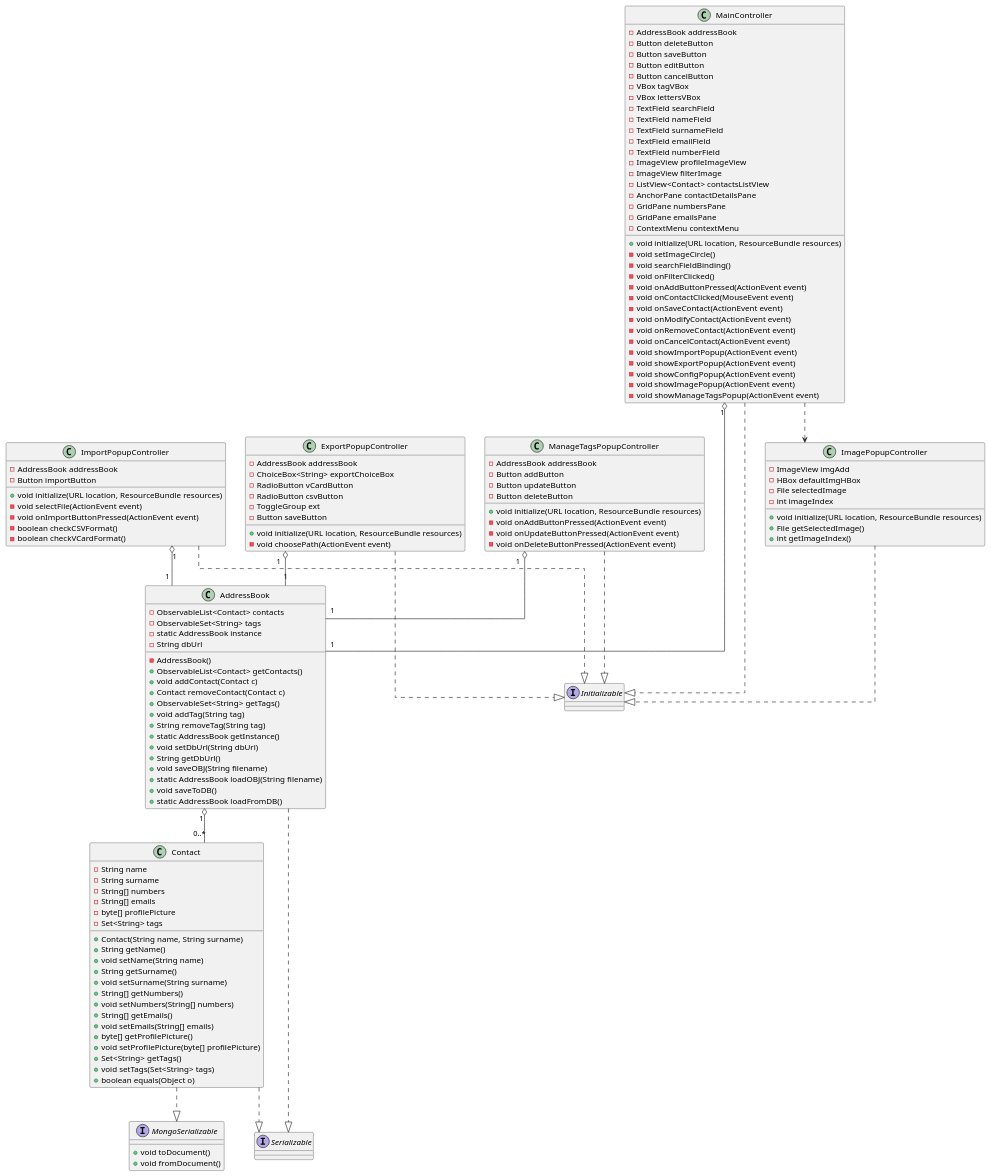
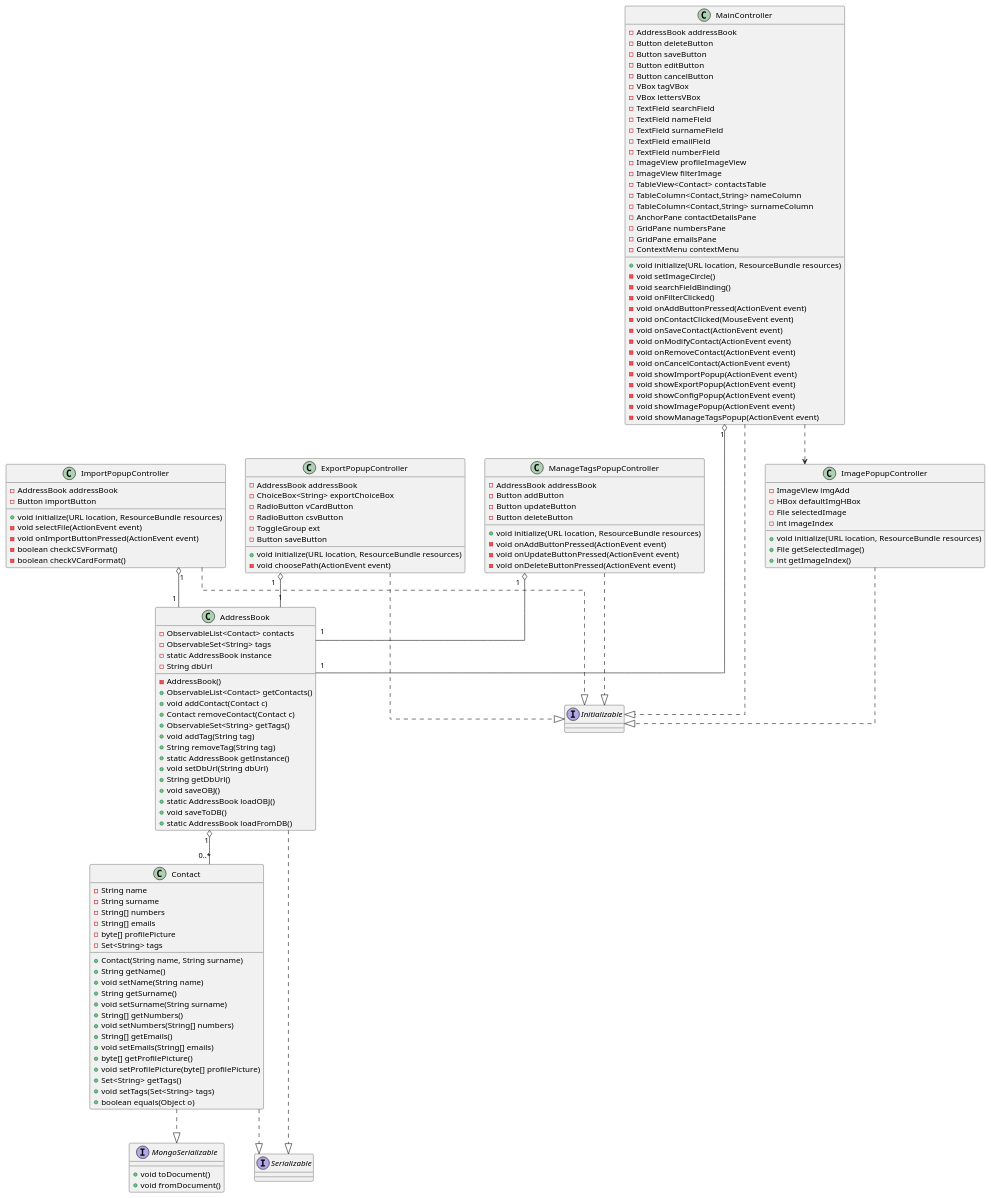
The diagram in documenti/diagrammaClassi.puml (savaava/ProgettoRubrica), drawn with PlantUML before and after one commit. The commit also changed 1 other file, not shown here.

Commit message:
update diagramma classi + creazione diagramma sequenza C6

```diff
--- a/documenti/diagrammaClassi.puml
+++ b/documenti/diagrammaClassi.puml
@@ -1,167 +1,169 @@
 @startuml DiagrammaDelleClassi
 skinparam linetype ortho
 'left to right direction
 
 class Contact {
     - String name 
     - String surname 
     - String[] numbers
     - String[] emails
     - byte[] profilePicture
     - Set<String> tags
 
     + Contact(String name, String surname)
     + String getName()
     + void setName(String name)
     + String getSurname()
     + void setSurname(String surname)
     + String[] getNumbers()
     + void setNumbers(String[] numbers)
     + String[] getEmails()
     + void setEmails(String[] emails)
     + byte[] getProfilePicture()
     + void setProfilePicture(byte[] profilePicture)
     + Set<String> getTags()
     + void setTags(Set<String> tags)
     + boolean equals(Object o)
     
 }
 
 interface MongoSerializable {
     +void toDocument() 
     +void fromDocument()
 }
 
 Contact ..|> MongoSerializable
 
 class AddressBook {
     - ObservableList<Contact> contacts
     - ObservableSet<String> tags
     - static AddressBook instance
     - String dbUrl 
     - AddressBook()
     + ObservableList<Contact> getContacts()
     + void addContact(Contact c)
     + Contact removeContact(Contact c)
     + ObservableSet<String> getTags()
     + void addTag(String tag)
     + String removeTag(String tag)
     + static AddressBook getInstance()
     + void setDbUrl(String dbUrl)
     + String getDbUrl()
-    + void saveOBJ(String filename)
-    + static AddressBook loadOBJ(String filename)
+    + void saveOBJ()
+    + static AddressBook loadOBJ()
     + void saveToDB()
     + static AddressBook loadFromDB()
     
 }
 
 interface Serializable
 
 Contact ..|> Serializable
 AddressBook ..|> Serializable
 AddressBook "1" o-- "0..*" Contact
 
 class MainController {
     - AddressBook addressBook
     - Button deleteButton
     - Button saveButton
     - Button editButton
     - Button cancelButton
     - VBox tagVBox
     - VBox lettersVBox
     - TextField searchField
     - TextField nameField
     - TextField surnameField
     - TextField emailField
     - TextField numberField
     - ImageView profileImageView
     - ImageView filterImage
-    - ListView<Contact> contactsListView
+    - TableView<Contact> contactsTable
+    - TableColumn<Contact,String> nameColumn
+    - TableColumn<Contact,String> surnameColumn
     - AnchorPane contactDetailsPane
     - GridPane numbersPane
     - GridPane emailsPane
     - ContextMenu contextMenu
 
     + void initialize(URL location, ResourceBundle resources)
     - void setImageCircle()
     - void searchFieldBinding()    
     - void onFilterClicked()
     - void onAddButtonPressed(ActionEvent event)
     - void onContactClicked(MouseEvent event)
     - void onSaveContact(ActionEvent event)
     - void onModifyContact(ActionEvent event)
     - void onRemoveContact(ActionEvent event)
     - void onCancelContact(ActionEvent event)
     - void showImportPopup(ActionEvent event)
     - void showExportPopup(ActionEvent event)
     - void showConfigPopup(ActionEvent event)
     - void showImagePopup(ActionEvent event)
     - void showManageTagsPopup(ActionEvent event)
 }
 
 MainController ..> ImagePopupController
 
 
 interface Initializable
 MainController ..|> Initializable
 MainController "1" o-- "1" AddressBook
 
 class ImportPopupController {
     - AddressBook addressBook
     - Button importButton
     + void initialize(URL location, ResourceBundle resources)
     - void selectFile(ActionEvent event)
     - void onImportButtonPressed(ActionEvent event)
     - boolean checkCSVFormat()
     - boolean checkVCardFormat()
 }
 
 ImportPopupController ..|> Initializable
 ImportPopupController "1" o-- "1" AddressBook
 
 class ExportPopupController {
     - AddressBook addressBook
     - ChoiceBox<String> exportChoiceBox
     - RadioButton vCardButton
     - RadioButton csvButton
     - ToggleGroup ext
     - Button saveButton
 
     + void initialize(URL location, ResourceBundle resources)
     - void choosePath(ActionEvent event)
 }
 
 ExportPopupController ..|> Initializable
 ExportPopupController "1" o-- "1" AddressBook
 
 class ManageTagsPopupController {
     - AddressBook addressBook
     - Button addButton
     - Button updateButton
     - Button deleteButton
 
     + void initialize(URL location, ResourceBundle resources)
     - void onAddButtonPressed(ActionEvent event)
     - void onUpdateButtonPressed(ActionEvent event)
     - void onDeleteButtonPressed(ActionEvent event)
 }
 
 ManageTagsPopupController ..|> Initializable
 ManageTagsPopupController "1" o-- "1" AddressBook
 
 class ImagePopupController {
     - ImageView imgAdd
     - HBox defaultImgHBox
     - File selectedImage
     - int imageIndex
 
     + void initialize(URL location, ResourceBundle resources)
     + File getSelectedImage()
     + int getImageIndex()
 }
 
 ImagePopupController ..|> Initializable
 
 
 @enduml
```
